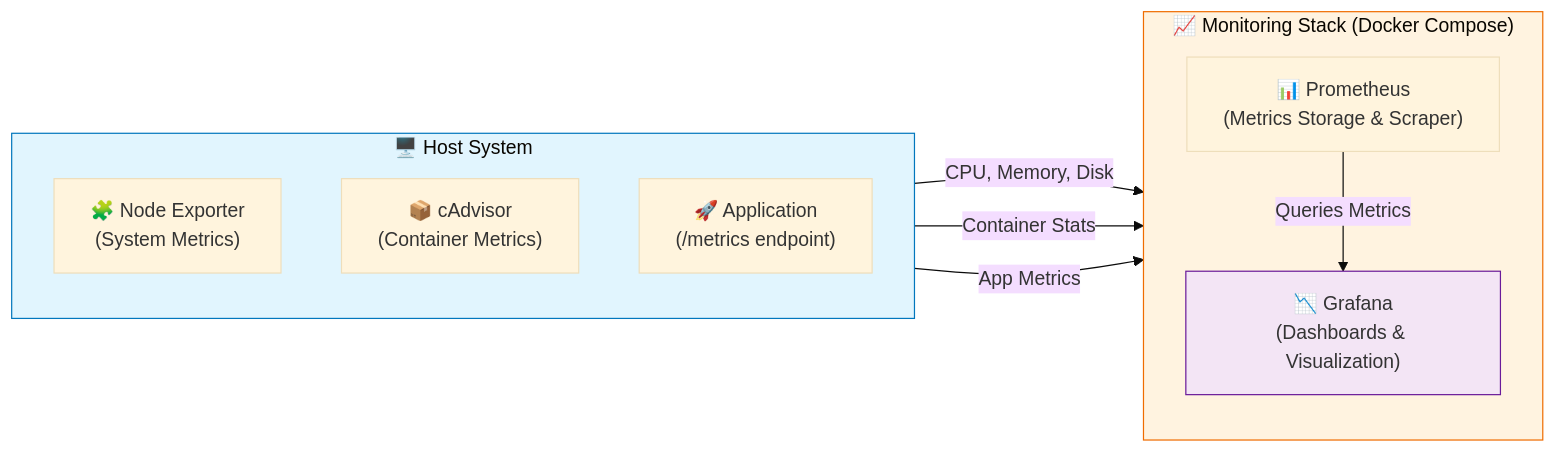
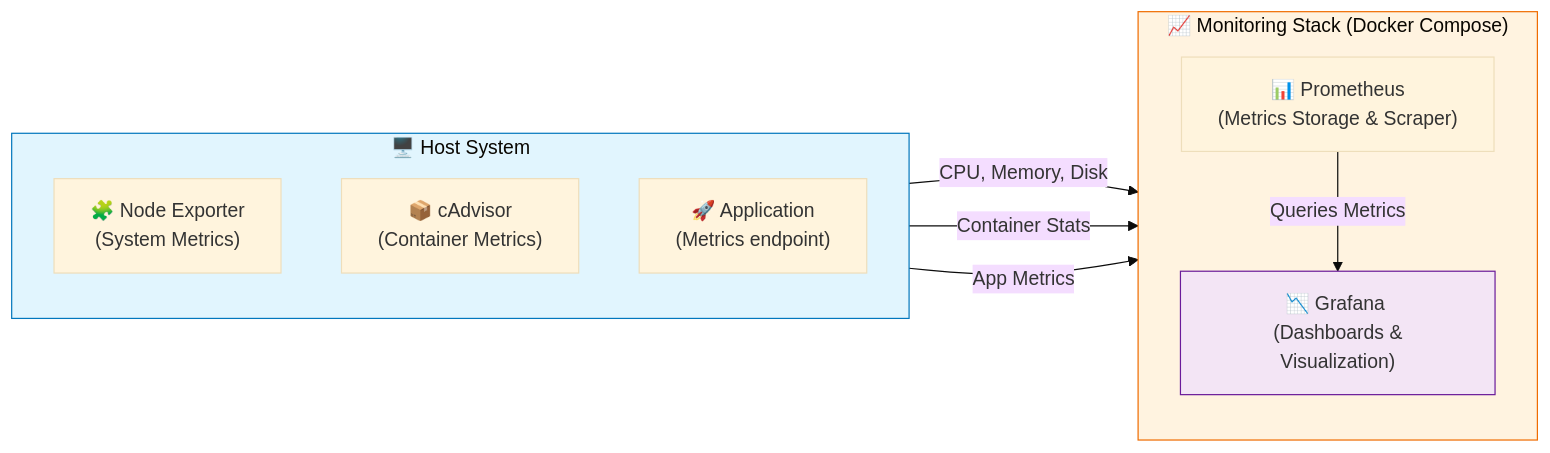
The diagram in README.md (mkumar2307/prometheus-grafana-monitoring), drawn with Mermaid (base theme) before and after one commit.

Commit message:
Update README.md to improve flowchart formatting

````diff
--- a/README.md
+++ b/README.md
@@ -11,24 +11,24 @@
 ```mermaid
 flowchart LR
     subgraph Host["🖥️ Host System"]
         direction TB
-        NE["🧩 Node Exporter\n(System Metrics)"]
-        CA["📦 cAdvisor\n(Container Metrics)"]
-        APP["🚀 Application\n(/metrics endpoint)"]
+        NE["🧩 Node Exporter <br> (System Metrics)"]
+        CA["📦 cAdvisor <br> (Container Metrics)"]
+        APP["🚀 Application <br> (Metrics endpoint)"]
     end
 
     subgraph PrometheusStack["📈 Monitoring Stack (Docker Compose)"]
         direction TB
-        PR["📊 Prometheus\n(Metrics Storage & Scraper)"]
-        GR["📉 Grafana\n(Dashboards & Visualization)"]
+        PR["📊 Prometheus <br> (Metrics Storage & Scraper)"]
+        GR["📉 Grafana <br> (Dashboards & Visualization)"]
     end
 
     NE -->|CPU, Memory, Disk| PR
     CA -->|Container Stats| PR
     APP -->|App Metrics| PR
     PR -->|Queries Metrics| GR
 
     style Host fill:#e1f5fe,stroke:#0277bd,stroke-width:1px
     style PrometheusStack fill:#fff3e0,stroke:#ef6c00,stroke-width:1px
     style GR fill:#f3e5f5,stroke:#6a1b9a,stroke-width:1px
 ```
````
